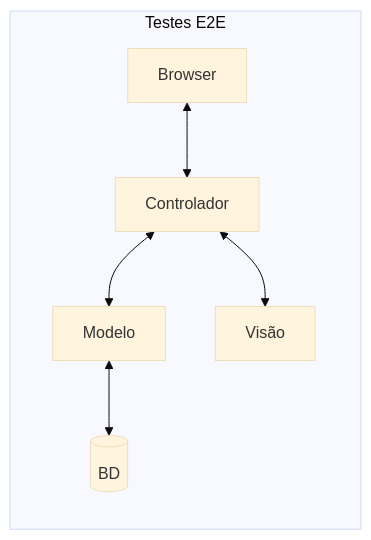
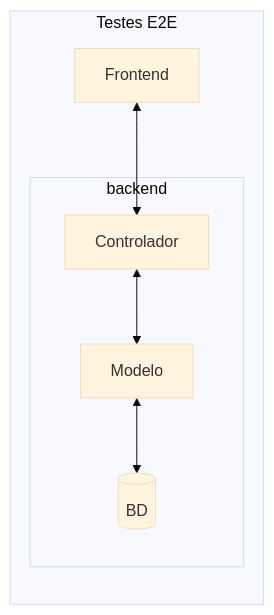
The diagram in docs/testes-e2e.md (mtov/esmforum), drawn with Mermaid (base theme) before and after one commit.

````diff
--- a/docs/testes-e2e.md
+++ b/docs/testes-e2e.md
@@ -8,9 +8,11 @@
 ```mermaid
 flowchart LR
     BD[(BD)]
      subgraph Testes E2E
-    Browser <--> Controlador <--> Modelo
-    Controlador <--> Visão
-    Modelo  <--> BD 
+        Frontend <--> Controlador
+        subgraph backend
+           Controlador <--> Modelo
+           Modelo  <--> BD
+        end 
     end
 ```
````
